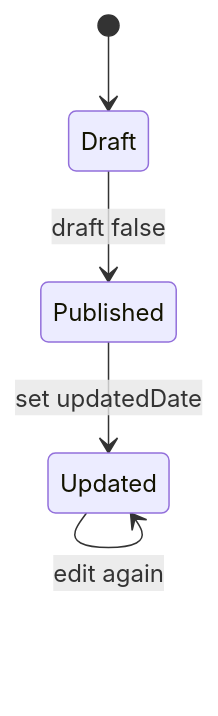
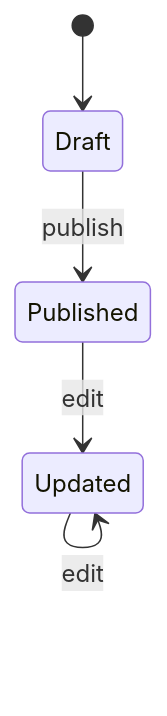
Before and after one commit to anjay-goel/astro-sienna: the fourth of 5 diagrams in src/content/post/diagrams-with-mermaid.md, drawn with Mermaid. The commit also changed other lines of this file and 1 other file, not shown here.

First line of the commit message:
style: tone down Mermaid colours and fix edge label backgrounds

````diff
--- a/src/content/post/diagrams-with-mermaid.md
+++ b/src/content/post/diagrams-with-mermaid.md
@@ -65,9 +65,9 @@
 ```mermaid
 stateDiagram-v2
     accTitle: Lifecycle of a post
     accDescr: A post starts as a draft, gets published, and can be updated any number of times.
     [*] --> Draft
-    Draft --> Published: draft false
-    Published --> Updated: set updatedDate
-    Updated --> Updated: edit again
+    Draft --> Published: publish
+    Published --> Updated: edit
+    Updated --> Updated: edit
 ```
````
